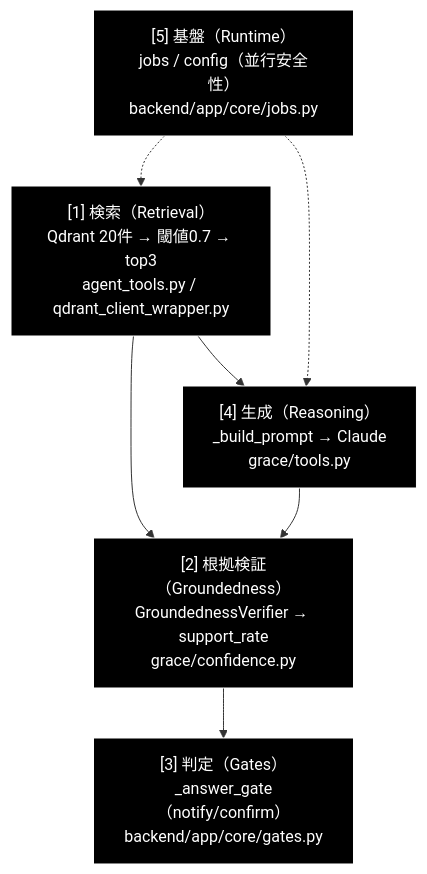
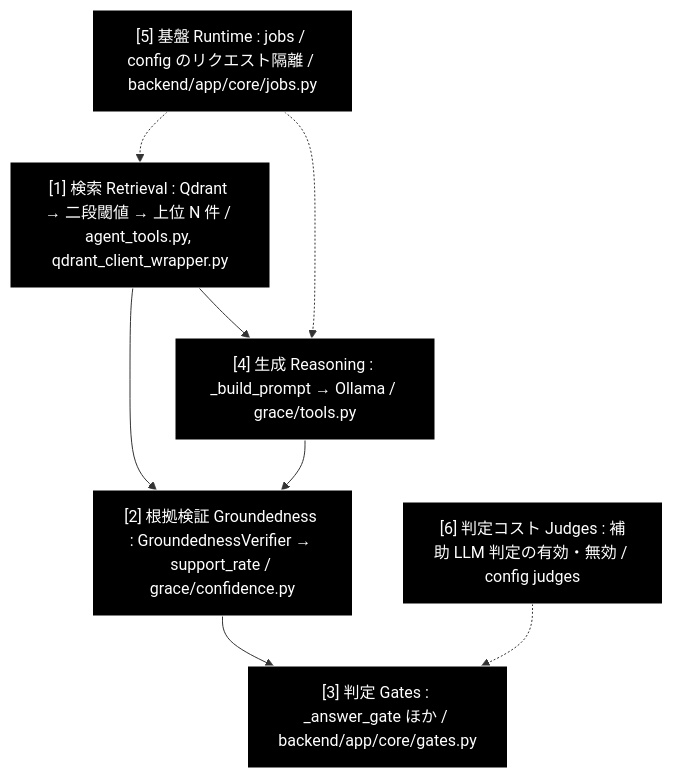
Before and after one commit to nakashima2toshio/grace_v2_local: the diagram in docs/performance_levers.md, drawn with Mermaid. The commit also changed other lines of this file, not shown here.

````diff
--- a/docs/performance_levers.md
+++ b/docs/performance_levers.md
@@ -67,17 +39,19 @@
 ```mermaid
 flowchart TB
-    L1["[1] 検索（Retrieval）<br>Qdrant 20件 → 閾値0.7 → top3<br>agent_tools.py / qdrant_client_wrapper.py"]
-    L2["[2] 根拠検証（Groundedness）<br>GroundednessVerifier → support_rate<br>grace/confidence.py"]
-    L3["[3] 判定（Gates）<br>_answer_gate（notify/confirm）<br>backend/app/core/gates.py"]
-    L4["[4] 生成（Reasoning）<br>_build_prompt → Claude<br>grace/tools.py"]
-    L5["[5] 基盤（Runtime）<br>jobs / config（並行安全性）<br>backend/app/core/jobs.py"]
+    L1["[1] 検索 Retrieval : Qdrant → 二段閾値 → 上位 N 件 / agent_tools.py, qdrant_client_wrapper.py"]
+    L2["[2] 根拠検証 Groundedness : GroundednessVerifier → support_rate / grace/confidence.py"]
+    L3["[3] 判定 Gates : _answer_gate ほか / backend/app/core/gates.py"]
+    L4["[4] 生成 Reasoning : _build_prompt → Ollama / grace/tools.py"]
+    L5["[5] 基盤 Runtime : jobs / config のリクエスト隔離 / backend/app/core/jobs.py"]
+    L6["[6] 判定コスト Judges : 補助 LLM 判定の有効・無効 / config judges"]
 
     L1 --> L2 --> L3
     L1 --> L4
     L4 --> L2
     L5 -.-> L1
     L5 -.-> L4
+    L6 -.-> L3
 classDef default fill:#000,stroke:#fff,color:#fff
 classDef subgraphStyle fill:#1a1a1a,stroke:#fff,color:#fff
-class L1,L2,L3,L4,L5 default
+class L1,L2,L3,L4,L5,L6 default
 ```
````
